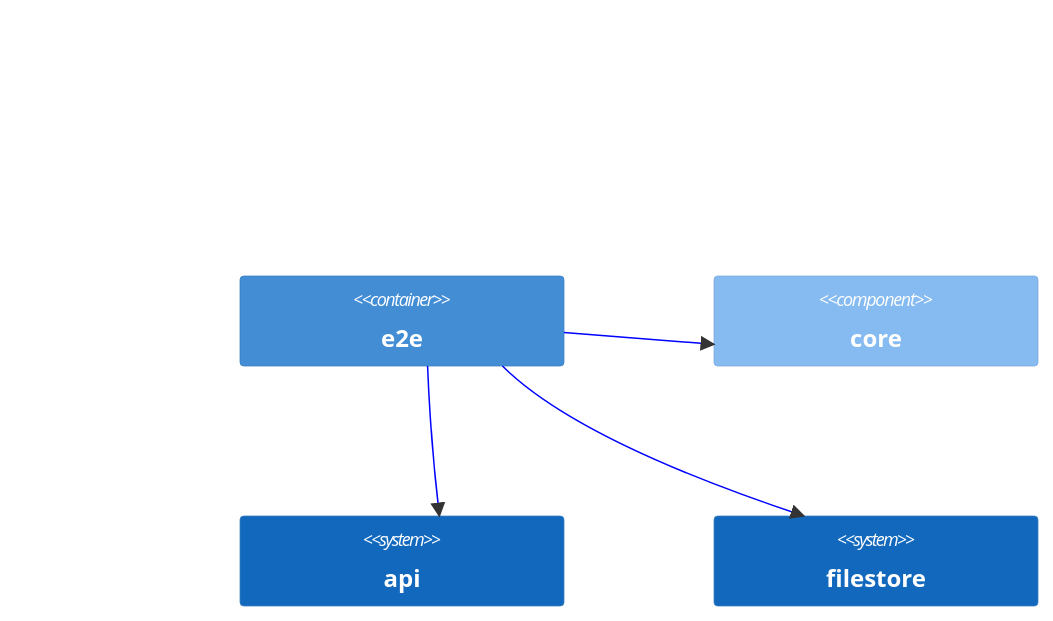
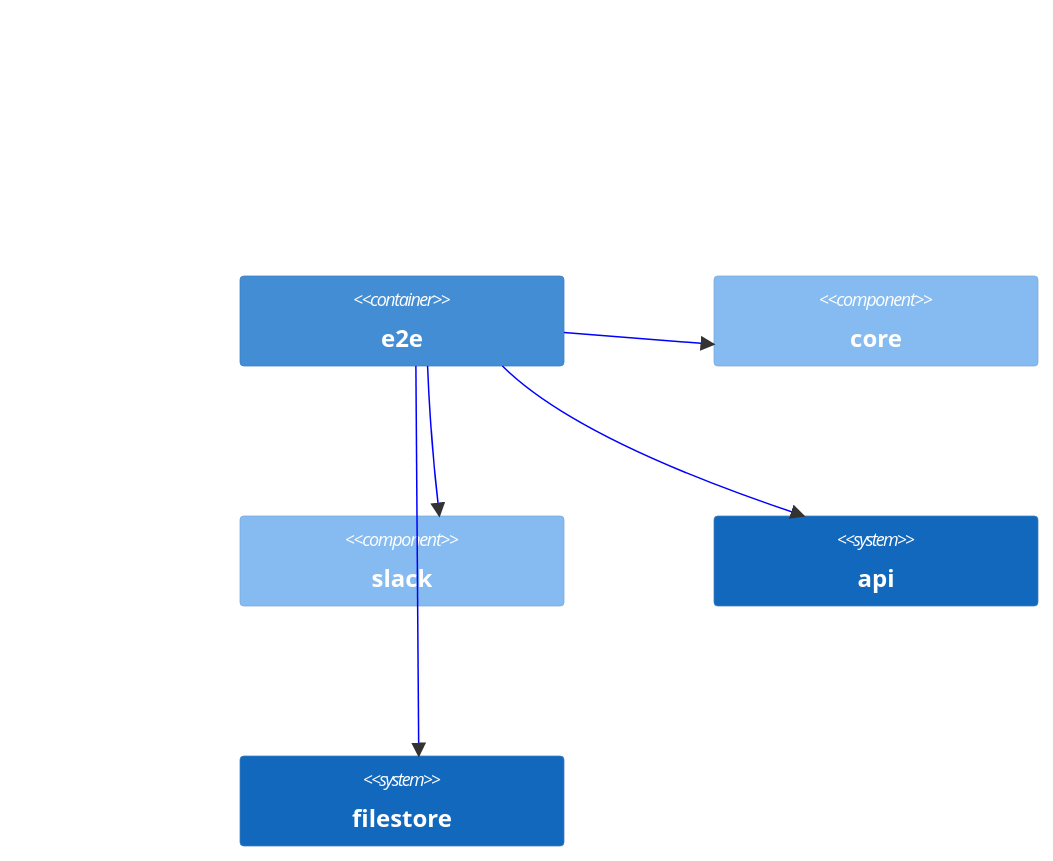
One commit to albertlatacz/shift-left-kotlin changed the diagram in tests/e2e/README.md. Above: the diagram before and after it, drawn with Mermaid. The commit also changed other lines of this file and 5 other files, not shown here.

````diff
--- a/tests/e2e/README.md
+++ b/tests/e2e/README.md
@@ -23,14 +24,17 @@
 ```mermaid
 C4Context        
    UpdateLayoutConfig($c4ShapeInRow="2")                           
    Container(e2e, "e2e")
    Component(core, "core")
+   Component(slack, "slack")
    System(api, "api")
    System(filestore, "filestore")
    Rel(e2e, core, " ") 
    UpdateRelStyle(e2e, core, $lineColor="blue")
+   Rel(e2e, slack, " ") 
+   UpdateRelStyle(e2e, slack, $lineColor="blue")
    Rel(e2e, api, " ") 
    UpdateRelStyle(e2e, api, $lineColor="blue")
    Rel(e2e, filestore, " ") 
    UpdateRelStyle(e2e, filestore, $lineColor="blue")                
 ```
````
